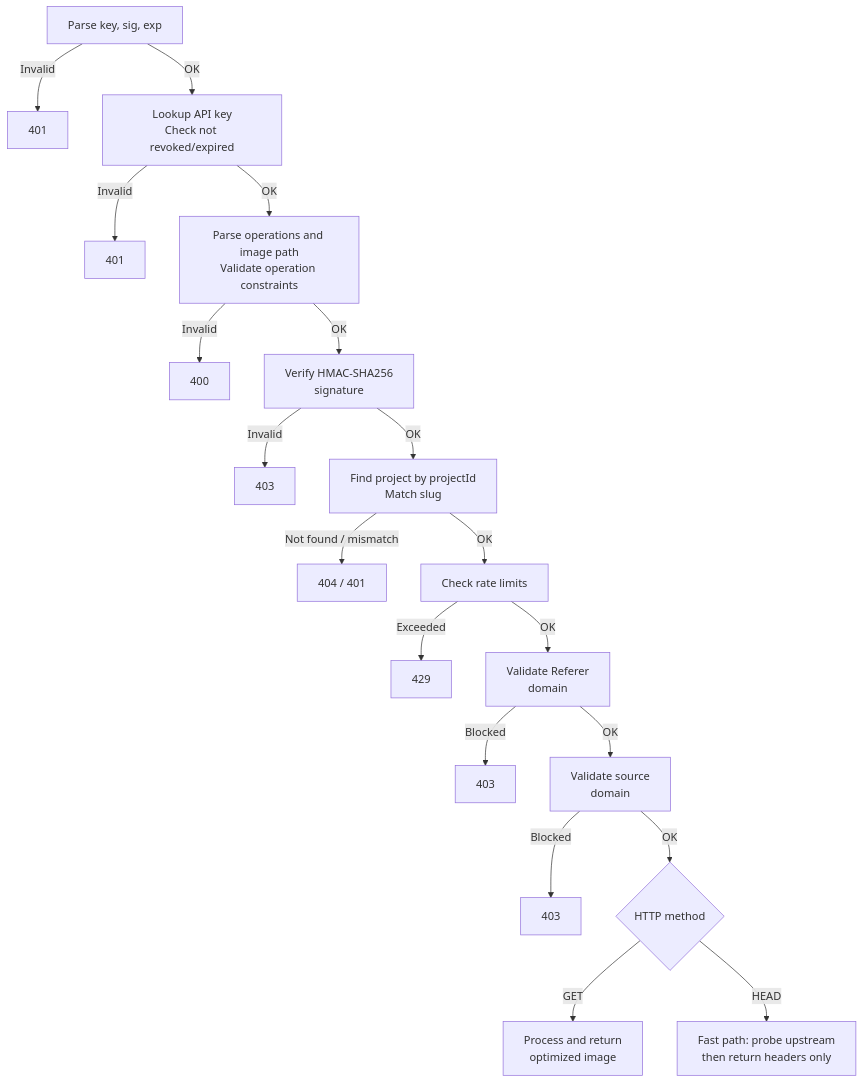
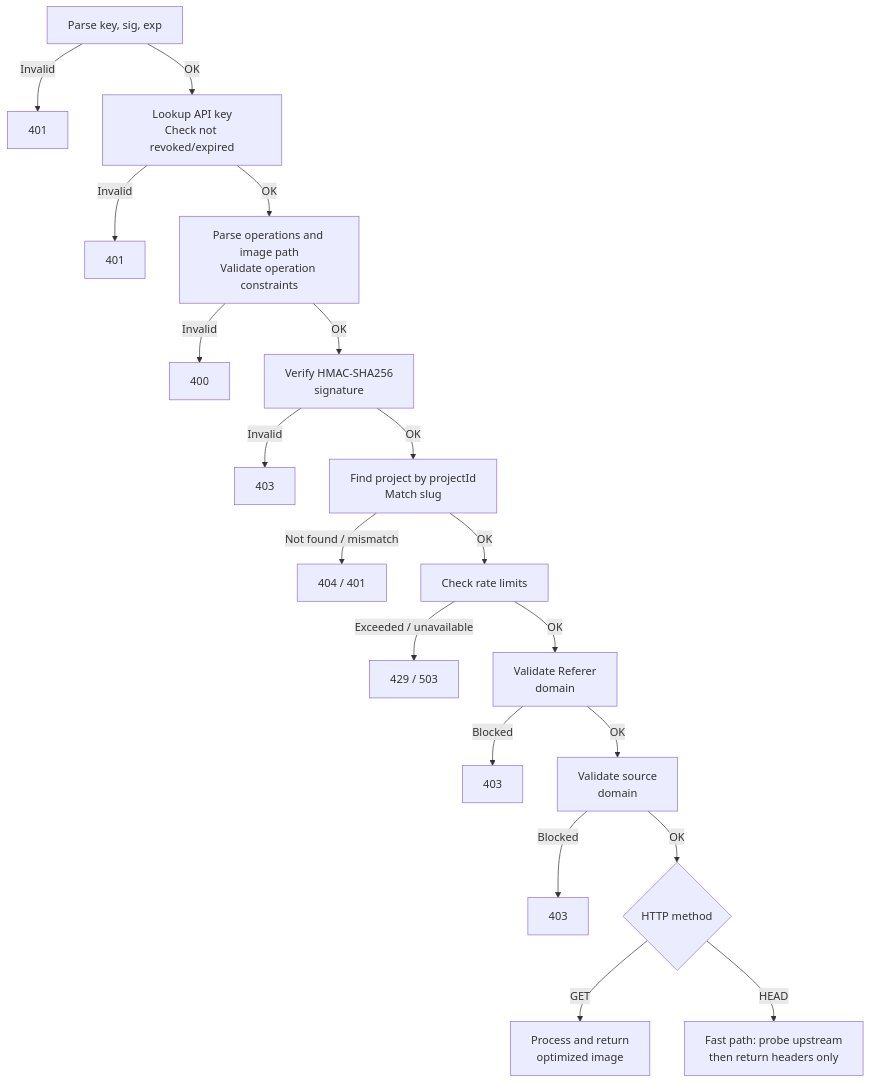
The diagram in apps/docs/content/docs/api-reference/endpoint.mdx (EricTsai83/optstuff), drawn with Mermaid before and after one commit. The commit also changed other lines of this file and 42 other files, not shown here.

````diff
--- a/apps/docs/content/docs/api-reference/endpoint.mdx
+++ b/apps/docs/content/docs/api-reference/endpoint.mdx
@@ -106,21 +106,21 @@
 ```mermaid title="Authentication flow"
 flowchart TD
   A["Parse key, sig, exp"] -->|Invalid| E1["401"]
   A -->|OK| B["Lookup API key\nCheck not revoked/expired"]
   B -->|Invalid| E2["401"]
   B -->|OK| C["Parse operations and image path\nValidate operation constraints"]
   C -->|Invalid| E3["400"]
   C -->|OK| D["Verify HMAC-SHA256\nsignature"]
   D -->|Invalid| E4["403"]
   D -->|OK| F["Find project by projectId\nMatch slug"]
   F -->|"Not found / mismatch"| E5["404 / 401"]
   F -->|OK| G["Check rate limits"]
-  G -->|Exceeded| E6["429"]
+  G -->|Exceeded / unavailable| E6["429 / 503"]
   G -->|OK| H["Validate Referer\ndomain"]
   H -->|Blocked| E7["403"]
   H -->|OK| I["Validate source\ndomain"]
   I -->|Blocked| E8["403"]
   I -->|OK| J{"HTTP method"}
   J -->|GET| K["Process and return\noptimized image"]
   J -->|HEAD| L["Fast path: probe upstream\nthen return headers only"]
 ```
````
